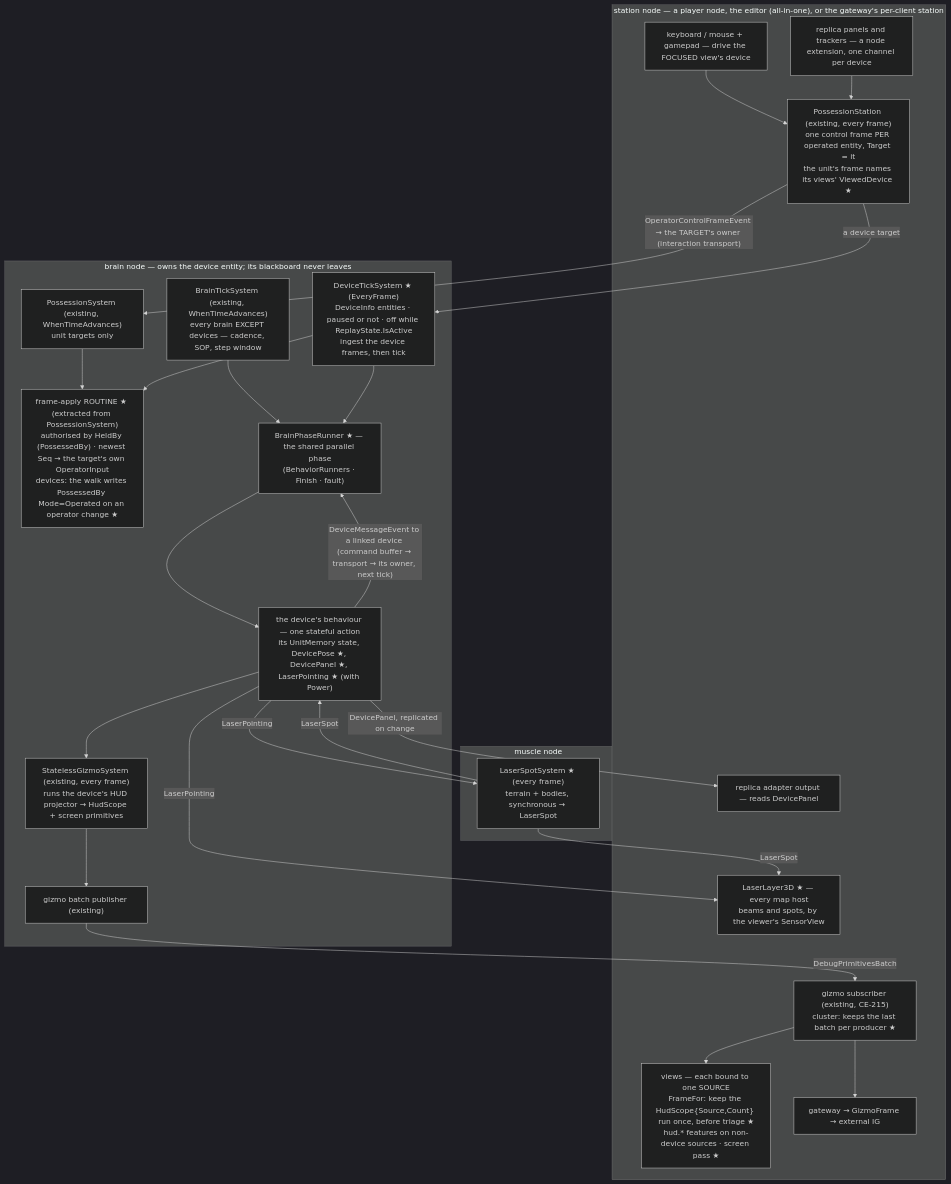
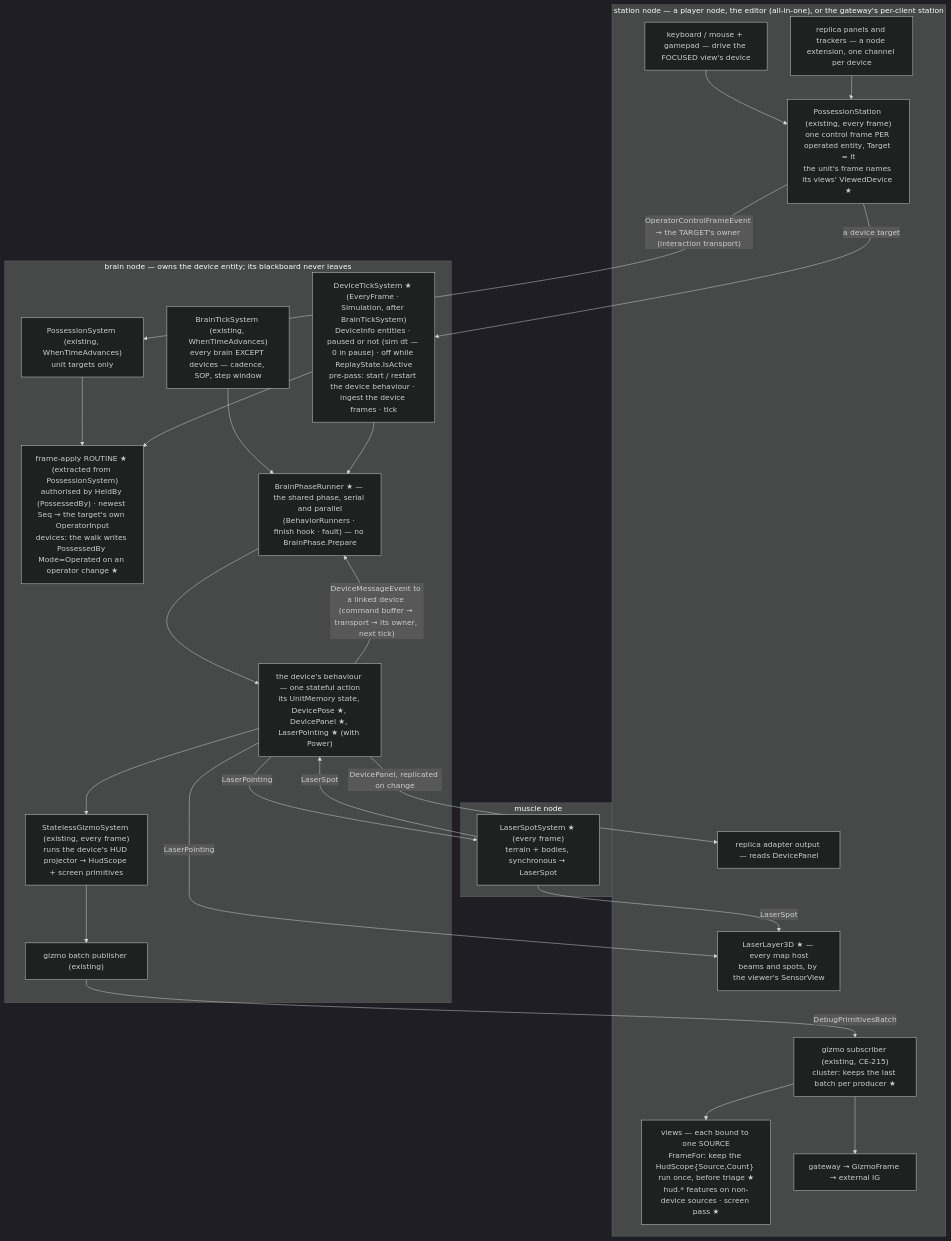
One commit to pjanec/HROT changed the first of 6 diagrams in docs/designs/devices/DESIGN_Simulated_Devices.md. Above: the diagram before and after it, drawn with Mermaid (dark theme). The commit also changed other lines of this file and 1 other file, not shown here.

````diff
--- a/docs/designs/devices/DESIGN_Simulated_Devices.md
+++ b/docs/designs/devices/DESIGN_Simulated_Devices.md
@@ -79,46 +79,46 @@
 ```mermaid
 graph TD
   subgraph STATION["station node — a player node, the editor (all-in-one), or the gateway's per-client station"]
     KM["keyboard / mouse + gamepad — drive the FOCUSED view's device"]
     REP["replica panels and trackers — a node extension, one channel per device"]
     PS["PossessionStation (existing, every frame)<br/>one control frame PER operated entity, Target = it<br/>the unit's frame names its views' ViewedDevice ★"]
     SUB["gizmo subscriber (existing, CE-215)<br/>cluster: keeps the last batch per producer ★"]
     VIEW["views — each bound to one SOURCE<br/>FrameFor: keep the HudScope{Source,Count} run once, before triage ★<br/>hud.* features on non-device sources · screen pass ★"]
     LL["LaserLayer3D ★ — every map host<br/>beams and spots, by the viewer's SensorView"]
     RA["replica adapter output — reads DevicePanel"]
     GW["gateway → GizmoFrame → external IG"]
   end
   subgraph BRAIN["brain node — owns the device entity; its blackboard never leaves"]
     ING["frame-apply ROUTINE ★ (extracted from PossessionSystem)<br/>authorised by HeldBy (PossessedBy) · newest Seq → the target's own OperatorInput<br/>devices: the walk writes PossessedBy Mode=Operated on an operator change ★"]
     PSY["PossessionSystem (existing, WhenTimeAdvances)<br/>unit targets only"]
     BTS["BrainTickSystem (existing, WhenTimeAdvances)<br/>every brain EXCEPT devices — cadence, SOP, step window"]
-    PDT["DeviceTickSystem ★ (EveryFrame)<br/>DeviceInfo entities · paused or not · off while ReplayState.IsActive<br/>ingest the device frames, then tick"]
-    RT["BrainPhaseRunner ★ — the shared parallel phase<br/>(BehaviorRunners · Finish · fault)"]
+    PDT["DeviceTickSystem ★ (EveryFrame · Simulation, after BrainTickSystem)<br/>DeviceInfo entities · paused or not (sim dt — 0 in pause) · off while ReplayState.IsActive<br/>pre-pass: start / restart the device behaviour · ingest the device frames · tick"]
+    RT["BrainPhaseRunner ★ — the shared phase, serial and parallel<br/>(BehaviorRunners · finish hook · fault) — no BrainPhase.Prepare"]
     DB["the device's behaviour — one stateful action<br/>its UnitMemory state, DevicePose ★, DevicePanel ★, LaserPointing ★ (with Power)"]
     SGS["StatelessGizmoSystem (existing, every frame)<br/>runs the device's HUD projector → HudScope + screen primitives"]
     PUB["gizmo batch publisher (existing)"]
   end
   subgraph MUSCLE["muscle node"]
     LSS["LaserSpotSystem ★ (every frame)<br/>terrain + bodies, synchronous → LaserSpot"]
   end
   KM --> PS
   REP --> PS
   PS -->|"OperatorControlFrameEvent → the TARGET's owner (interaction transport)"| PSY
   PS -->|"a device target"| PDT
   PSY --> ING
   PDT --> ING
   BTS --> RT
   PDT --> RT
   RT --> DB
   DB -->|"DeviceMessageEvent to a linked device (command buffer → transport → its owner, next tick)"| RT
   DB --> SGS
   SGS --> PUB
   PUB -->|"DebugPrimitivesBatch"| SUB
   SUB --> VIEW
   SUB --> GW
   DB -->|"DevicePanel, replicated on change"| RA
   DB -->|"LaserPointing"| LSS
   LSS -->|"LaserSpot"| LL
   LSS -->|"LaserSpot"| DB
   DB -->|"LaserPointing"| LL
 ```
````
